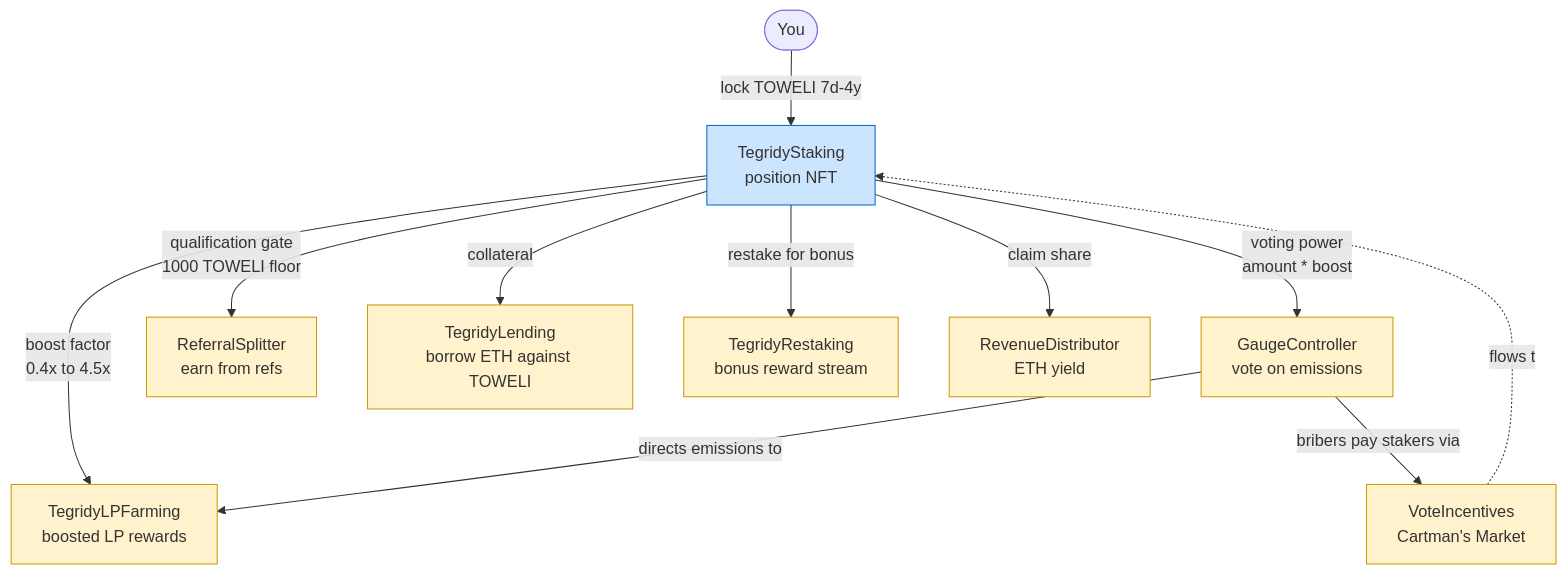
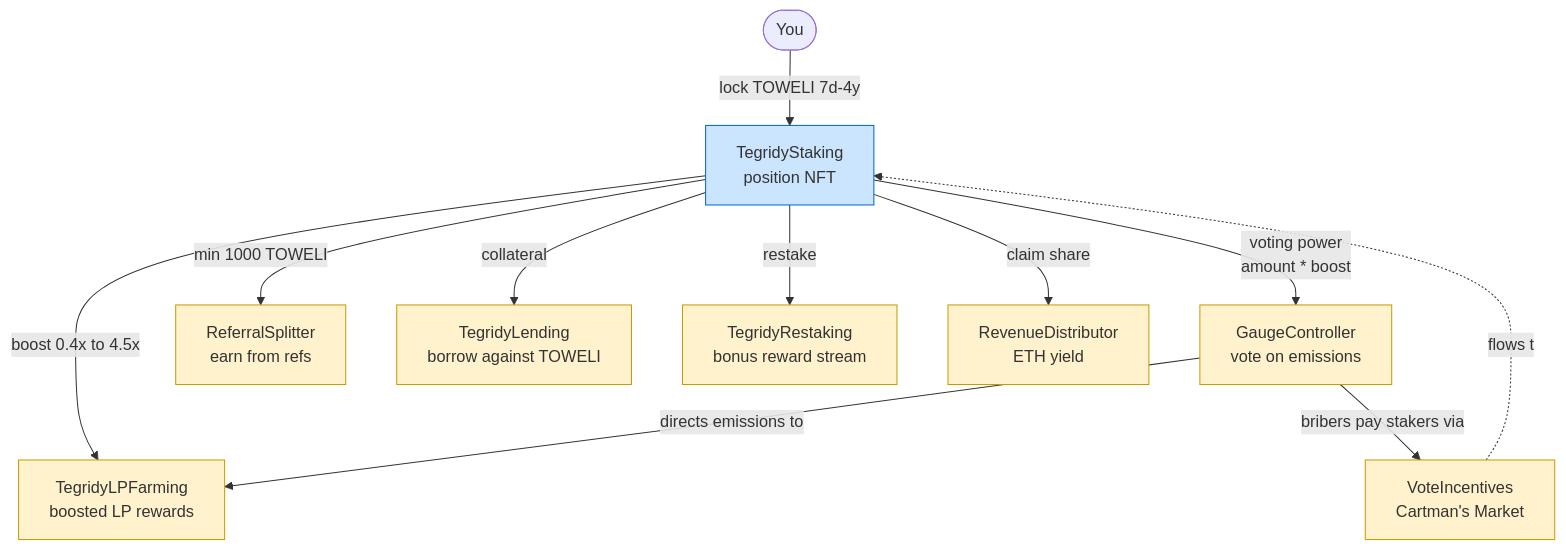
The second of 3 diagrams in README.md (fomotsar-commits/tegridy-farms), drawn with Mermaid before and after one commit. The commit also changed other lines of this file, not shown here.

````diff
--- a/README.md
+++ b/README.md
@@ -136,20 +144,20 @@
 ```mermaid
 flowchart TB
     USER([You]) -->|lock TOWELI 7d-4y| STAKE[TegridyStaking<br/>position NFT]
 
-    STAKE -->|boost factor<br/>0.4x to 4.5x| LP[TegridyLPFarming<br/>boosted LP rewards]
+    STAKE -->|boost 0.4x to 4.5x| LP[TegridyLPFarming<br/>boosted LP rewards]
     STAKE -->|voting power<br/>amount * boost| GOV[GaugeController<br/>vote on emissions]
-    STAKE -->|qualification gate<br/>1000 TOWELI floor| REF[ReferralSplitter<br/>earn from refs]
-    STAKE -->|collateral| LENDING[TegridyLending<br/>borrow ETH against TOWELI]
-    STAKE -->|restake for bonus| RESTAKE[TegridyRestaking<br/>bonus reward stream]
+    STAKE -->|min 1000 TOWELI| REF[ReferralSplitter<br/>earn from refs]
+    STAKE -->|collateral| LENDING[TegridyLending<br/>borrow against TOWELI]
+    STAKE -->|restake| RESTAKE[TegridyRestaking<br/>bonus reward stream]
     STAKE -->|claim share| RD[RevenueDistributor<br/>ETH yield]
 
     GOV -->|directs emissions to| LP
     GOV -->|bribers pay stakers via| VI[VoteIncentives<br/>Cartman's Market]
     VI -.flows to.-> STAKE
 
     classDef position fill:#cce5ff,stroke:#0066cc
     classDef use fill:#fff2cc,stroke:#cc9900
     class STAKE position
     class LP,GOV,REF,LENDING,RESTAKE,RD,VI use
 ```
````
